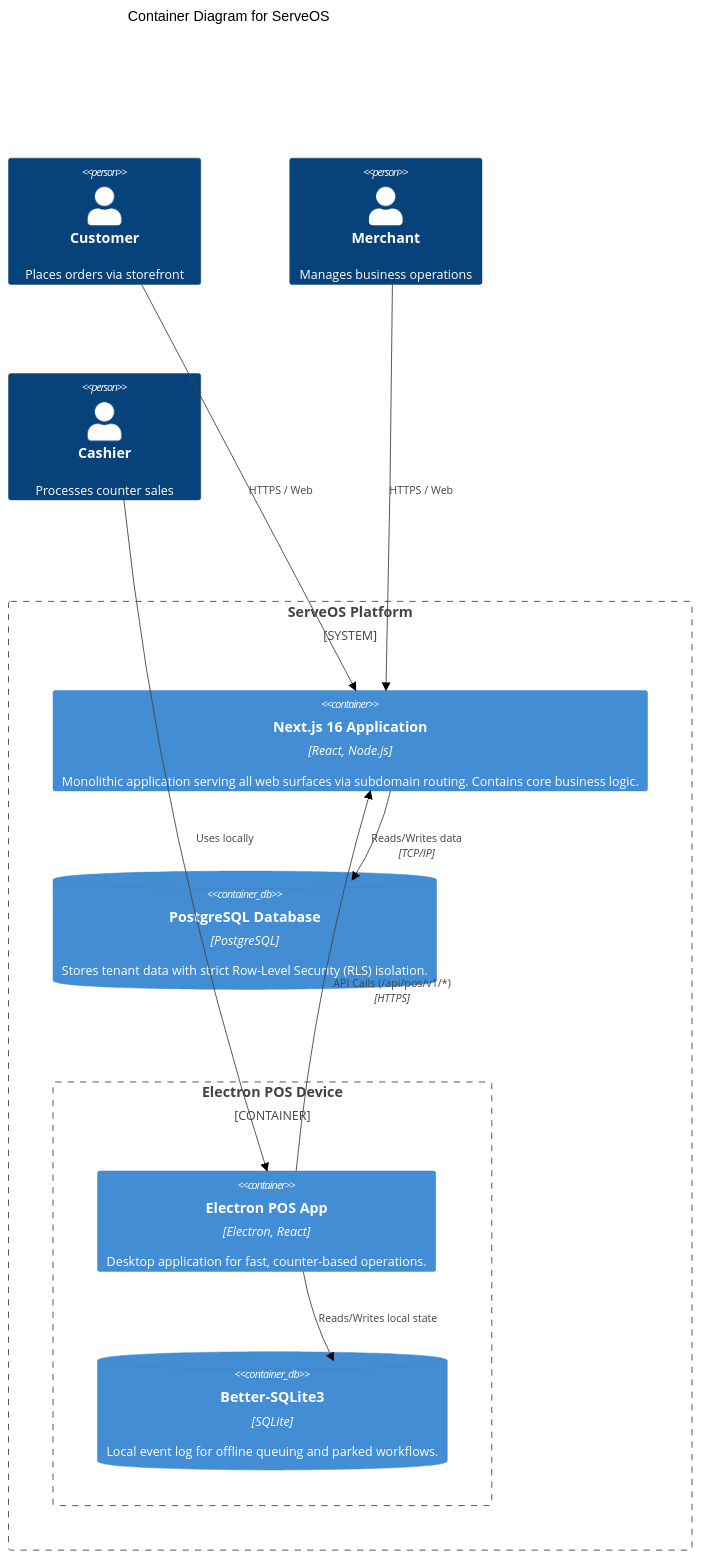
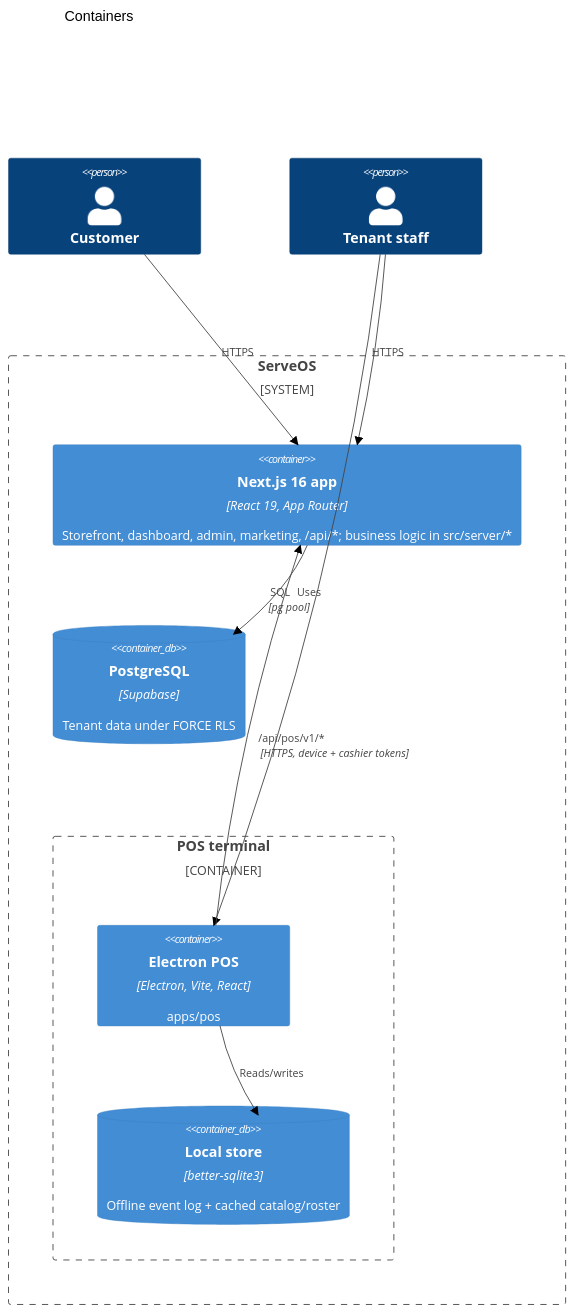
The second of 4 diagrams in docs/architecture/overview.md (Ai-NativeLab/ServeOs), drawn with Mermaid (forest theme) before and after one commit. The commit also changed other lines of this file, not shown here.

First line of the commit message:
docs(architecture): correct routing, modules, integrations and deploy facts

````diff
--- a/docs/architecture/overview.md
+++ b/docs/architecture/overview.md
@@ -50,27 +36,23 @@
 ```mermaid
 C4Container
-    title Container Diagram for ServeOS
+    title Containers
 
-    Person(customer, "Customer", "Places orders via storefront")
-    Person(merchant, "Merchant", "Manages business operations")
-    Person(cashier, "Cashier", "Processes counter sales")
+    Person(customer, "Customer")
+    Person(staff, "Tenant staff")
 
-    System_Boundary(serveos_boundary, "ServeOS Platform") {
-        Container(nextjs, "Next.js 16 Application", "React, Node.js", "Monolithic application serving all web surfaces via subdomain routing. Contains core business logic.")
-        ContainerDb(database, "PostgreSQL Database", "PostgreSQL", "Stores tenant data with strict Row-Level Security (RLS) isolation.")
-        
-        Container_Boundary(pos_boundary, "Electron POS Device") {
-            Container(electron_app, "Electron POS App", "Electron, React", "Desktop application for fast, counter-based operations.")
-            ContainerDb(sqlite, "Better-SQLite3", "SQLite", "Local event log for offline queuing and parked workflows.")
+    System_Boundary(b, "ServeOS") {
+        Container(web, "Next.js 16 app", "React 19, App Router", "Storefront, dashboard, admin, marketing, /api/*; business logic in src/server/*")
+        ContainerDb(pg, "PostgreSQL", "Supabase", "Tenant data under FORCE RLS")
+        Container_Boundary(pos, "POS terminal") {
+            Container(electron, "Electron POS", "Electron, Vite, React", "apps/pos")
+            ContainerDb(sqlite, "Local store", "better-sqlite3", "Offline event log + cached catalog/roster")
         }
     }
 
-    Rel(customer, nextjs, "HTTPS / Web")
-    Rel(merchant, nextjs, "HTTPS / Web")
-    Rel(cashier, electron_app, "Uses locally")
-    
-    Rel(electron_app, nextjs, "API Calls (/api/pos/v1/*)", "HTTPS")
-    Rel(electron_app, sqlite, "Reads/Writes local state")
-    
-    Rel(nextjs, database, "Reads/Writes data", "TCP/IP")
+    Rel(customer, web, "HTTPS")
+    Rel(staff, web, "HTTPS")
+    Rel(staff, electron, "Uses")
+    Rel(electron, web, "/api/pos/v1/*", "HTTPS, device + cashier tokens")
+    Rel(electron, sqlite, "Reads/writes")
+    Rel(web, pg, "SQL", "pg pool")
 ```
````
